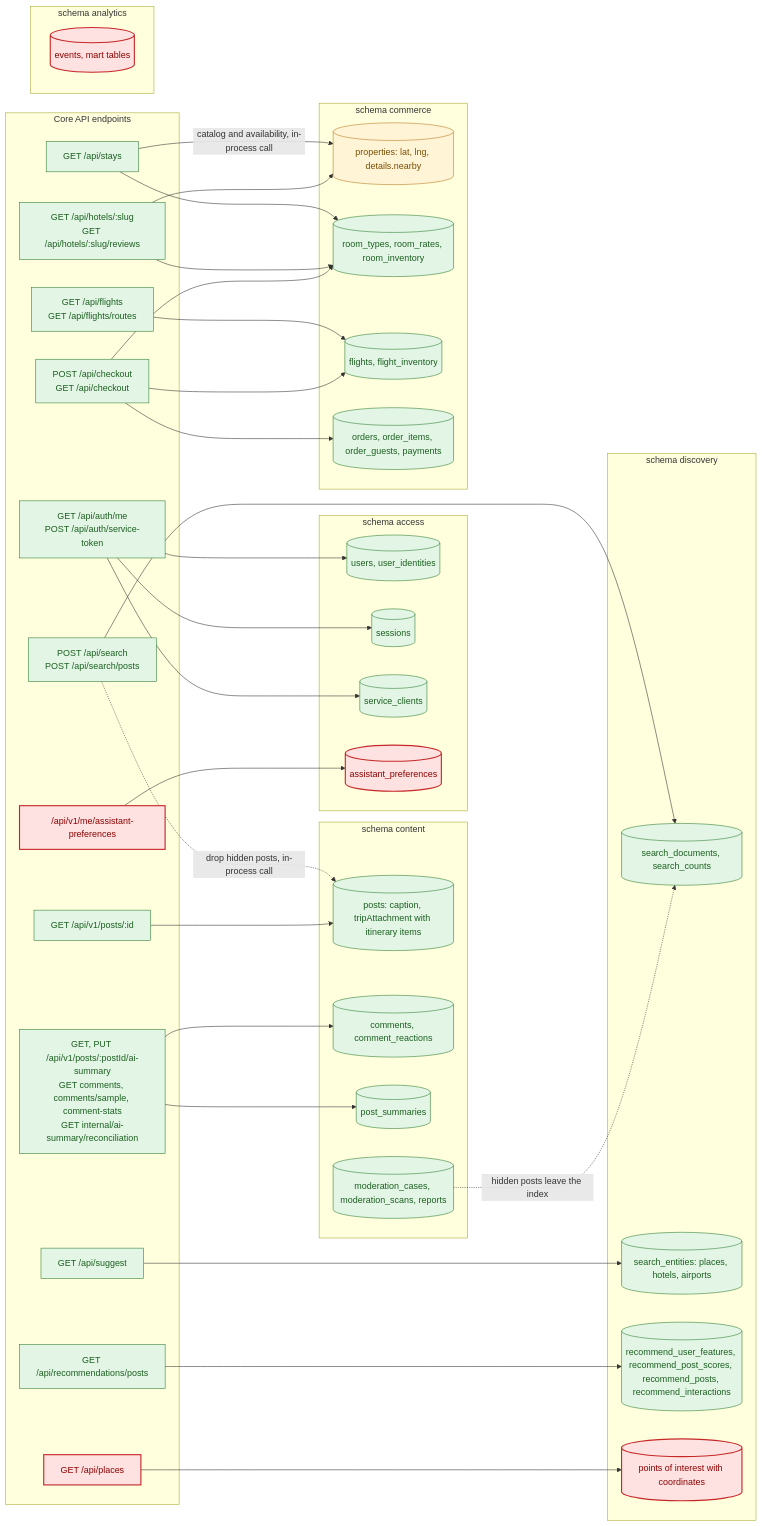
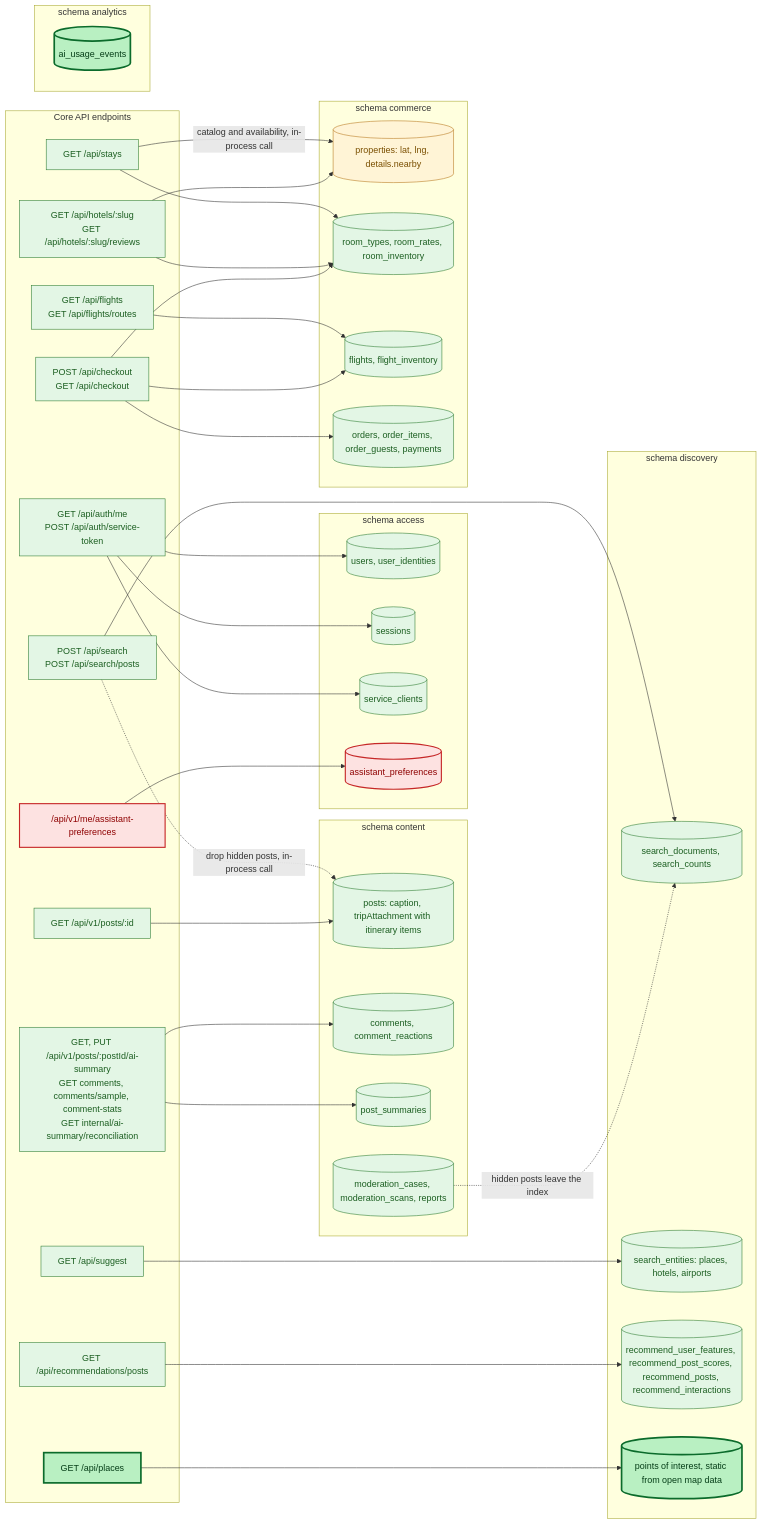
One commit to Sukemcute/tripflix-ai changed the third of 5 diagrams in docs/architecture/tripi-agent-kien-truc-chi-tiet.md. Above: the diagram before and after it, drawn with Mermaid. The commit also changed other lines of this file and 3 other files, not shown here.

First line of the commit message:
docs(architecture): kiến trúc Tripi v1.0 sau Giai đoạn A và B

````diff
--- a/docs/architecture/tripi-agent-kien-truc-chi-tiet.md
+++ b/docs/architecture/tripi-agent-kien-truc-chi-tiet.md
@@ -255,77 +259,77 @@
 ```mermaid
 flowchart LR
 classDef built fill:#b9f0c2,stroke:#0b6b2b,color:#053d17,stroke-width:3px
 classDef partbuilt fill:#e4f7d2,stroke:#0b6b2b,color:#053d17,stroke-width:2px,stroke-dasharray:4 2
 classDef exists fill:#e3f6e5,stroke:#2e7d32,color:#1b5e20
 classDef partial fill:#fff4d6,stroke:#b7791f,color:#7a4f00
 classDef missing fill:#fde2e1,stroke:#c62828,color:#8e0000,stroke-width:2px
 
 subgraph API["Core API endpoints"]
   A1["GET /api/auth/me<br/>POST /api/auth/service-token"]:::exists
   A2["POST /api/search<br/>POST /api/search/posts"]:::exists
   A3["GET /api/suggest"]:::exists
   A4["GET /api/stays"]:::exists
   A5["GET /api/hotels/:slug<br/>GET /api/hotels/:slug/reviews"]:::exists
   A6["GET /api/flights<br/>GET /api/flights/routes"]:::exists
   A7["GET /api/v1/posts/:id"]:::exists
   A8["GET, PUT /api/v1/posts/:postId/ai-summary<br/>GET comments, comments/sample, comment-stats<br/>GET internal/ai-summary/reconciliation"]:::exists
   A9["GET /api/recommendations/posts"]:::exists
   A10["POST /api/checkout<br/>GET /api/checkout"]:::exists
-  A11["GET /api/places"]:::missing
+  A11["GET /api/places"]:::built
   A12["/api/v1/me/assistant-preferences"]:::missing
 end
 
 subgraph S_ACC["schema access"]
   T_USERS[("users, user_identities")]:::exists
   T_SESS[("sessions")]:::exists
   T_SVC[("service_clients")]:::exists
   T_PREF[("assistant_preferences")]:::missing
 end
 
 subgraph S_CON["schema content"]
   T_POSTS[("posts: caption, tripAttachment with itinerary items")]:::exists
   T_CMT[("comments, comment_reactions")]:::exists
   T_SUMM[("post_summaries")]:::exists
   T_MOD[("moderation_cases, moderation_scans, reports")]:::exists
 end
 
 subgraph S_DIS["schema discovery"]
   T_SDOC[("search_documents, search_counts")]:::exists
   T_SENT[("search_entities: places, hotels, airports")]:::exists
   T_REC[("recommend_user_features, recommend_post_scores, recommend_posts, recommend_interactions")]:::exists
-  T_POI[("points of interest with coordinates")]:::missing
+  T_POI[("points of interest, static from open map data")]:::built
 end
 
 subgraph S_COM["schema commerce"]
   T_PROP[("properties: lat, lng, details.nearby")]:::partial
   T_ROOM[("room_types, room_rates, room_inventory")]:::exists
   T_FLT[("flights, flight_inventory")]:::exists
   T_ORD[("orders, order_items, order_guests, payments")]:::exists
 end
 
 subgraph S_ANA["schema analytics"]
-  T_EVT[("events, mart tables")]:::missing
+  T_EVT[("ai_usage_events")]:::built
 end
 
 A1 --> T_USERS
 A1 --> T_SESS
 A1 --> T_SVC
 A2 --> T_SDOC
 A2 -.->|"drop hidden posts, in-process call"| T_POSTS
 A3 --> T_SENT
 A4 -->|"catalog and availability, in-process call"| T_PROP
 A4 --> T_ROOM
 A5 --> T_PROP
 A5 --> T_ROOM
 A6 --> T_FLT
 A7 --> T_POSTS
 A8 --> T_SUMM
 A8 --> T_CMT
 A9 --> T_REC
 A10 --> T_ORD
 A10 --> T_ROOM
 A10 --> T_FLT
 A11 --> T_POI
 A12 --> T_PREF
 T_MOD -.->|"hidden posts leave the index"| T_SDOC
 ```
````
